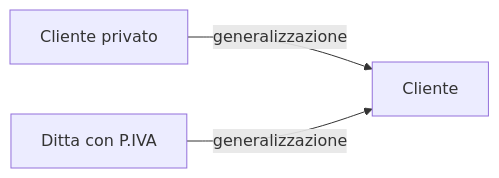
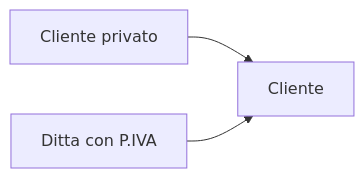
Before and after one commit to prof-davidaffo/didattica: the ninth of 15 diagrams in content/Argomenti/Requisiti e documentazione/Requisiti e documentazione del software.md, drawn with Mermaid. The commit also changed other lines of this file and 7 other files, not shown here.

````diff
--- a/content/Argomenti/Requisiti e documentazione/Requisiti e documentazione del software.md
+++ b/content/Argomenti/Requisiti e documentazione/Requisiti e documentazione del software.md
@@ -938,9 +949,9 @@
 ```mermaid
 flowchart LR
     C[Cliente]
     CP[Cliente privato]
     DP[Ditta con P.IVA]
 
-    CP -->|generalizzazione| C
-    DP -->|generalizzazione| C
+    CP -->C
+    DP --> C
 ```
````
